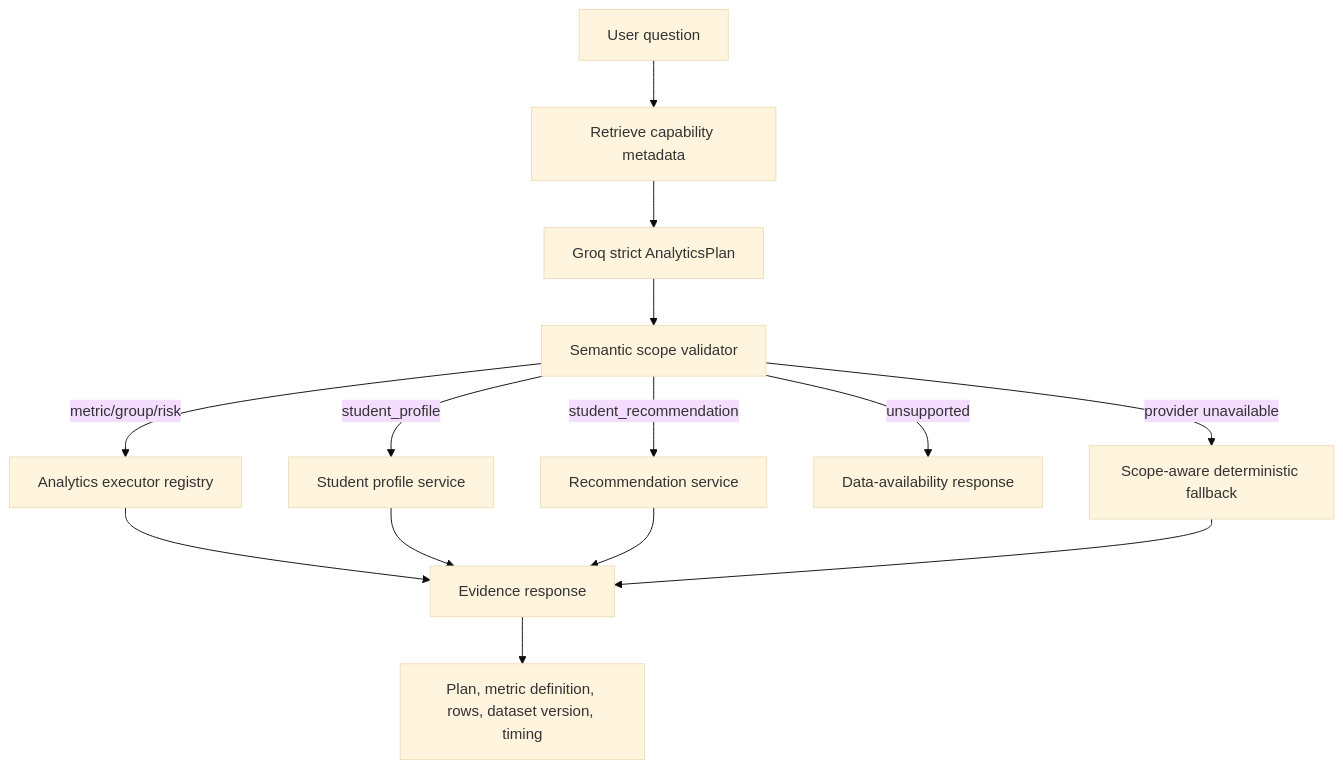
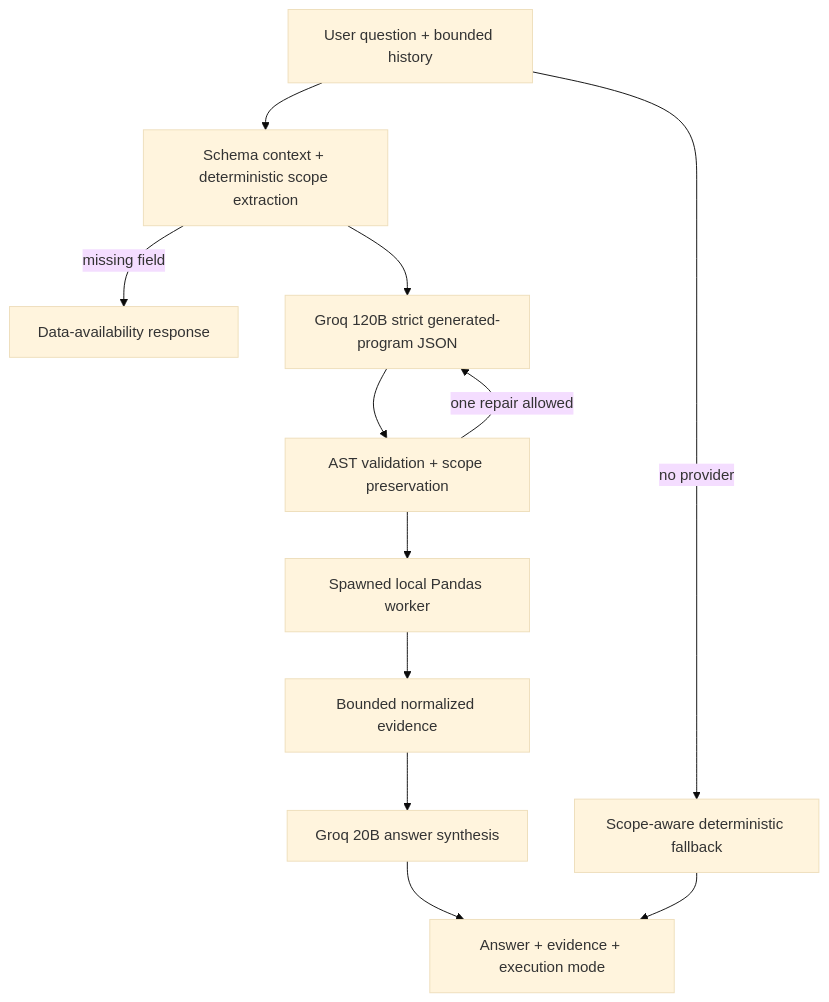
The second of 2 diagrams in DECISIONS.md (Rujul13/student-analytics-copilot), drawn with Mermaid (base theme) before and after one commit. The commit also changed other lines of this file and 1 other file, not shown here.

Commit message:
docs: document the CSV Pandas data agent architecture

````diff
--- a/DECISIONS.md
+++ b/DECISIONS.md
@@ -551,16 +574,14 @@
 ```mermaid
 flowchart TD
-    Q["User question"] --> RET["Retrieve capability metadata"]
-    RET --> PLAN["Groq strict AnalyticsPlan"]
-    PLAN --> SEM["Semantic scope validator"]
-    SEM -->|"metric/group/risk"| AX["Analytics executor registry"]
-    SEM -->|"student_profile"| SP["Student profile service"]
-    SEM -->|"student_recommendation"| RS["Recommendation service"]
-    SEM -->|"unsupported"| UNS["Data-availability response"]
-    SEM -->|"provider unavailable"| FB["Scope-aware deterministic fallback"]
-    AX --> RESP["Evidence response"]
-    SP --> RESP
-    RS --> RESP
+    Q["User question + bounded history"] --> SC["Schema context + deterministic scope extraction"]
+    SC -->|"missing field"| UNS["Data-availability response"]
+    SC --> GEN["Groq 120B strict generated-program JSON"]
+    GEN --> VAL["AST validation + scope preservation"]
+    VAL -->|"one repair allowed"| GEN
+    VAL --> EXEC["Spawned local Pandas worker"]
+    EXEC --> NORM["Bounded normalized evidence"]
+    NORM --> SYN["Groq 20B answer synthesis"]
+    SYN --> RESP["Answer + evidence + execution mode"]
+    Q -->|"no provider"| FB["Scope-aware deterministic fallback"]
     FB --> RESP
-    RESP --> TRACE["Plan, metric definition, rows, dataset version, timing"]
 ```
````
